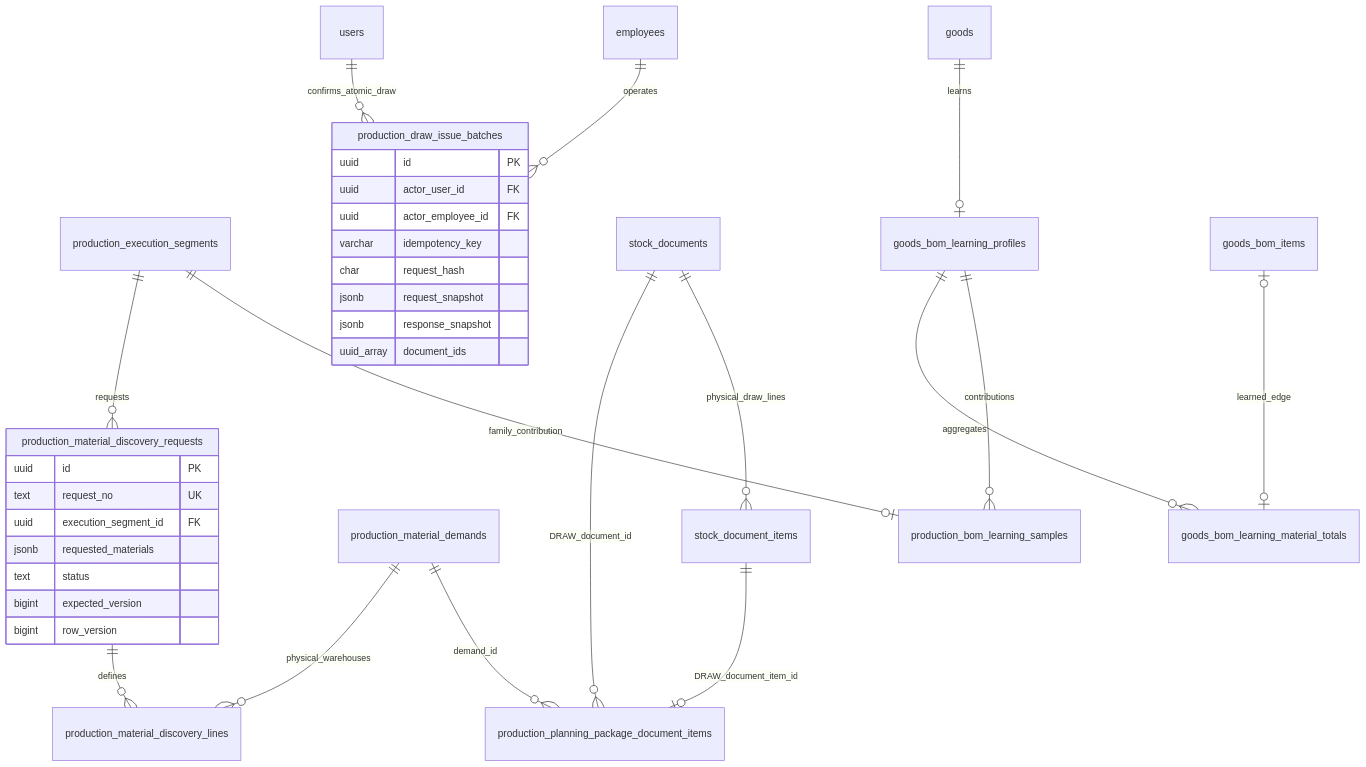
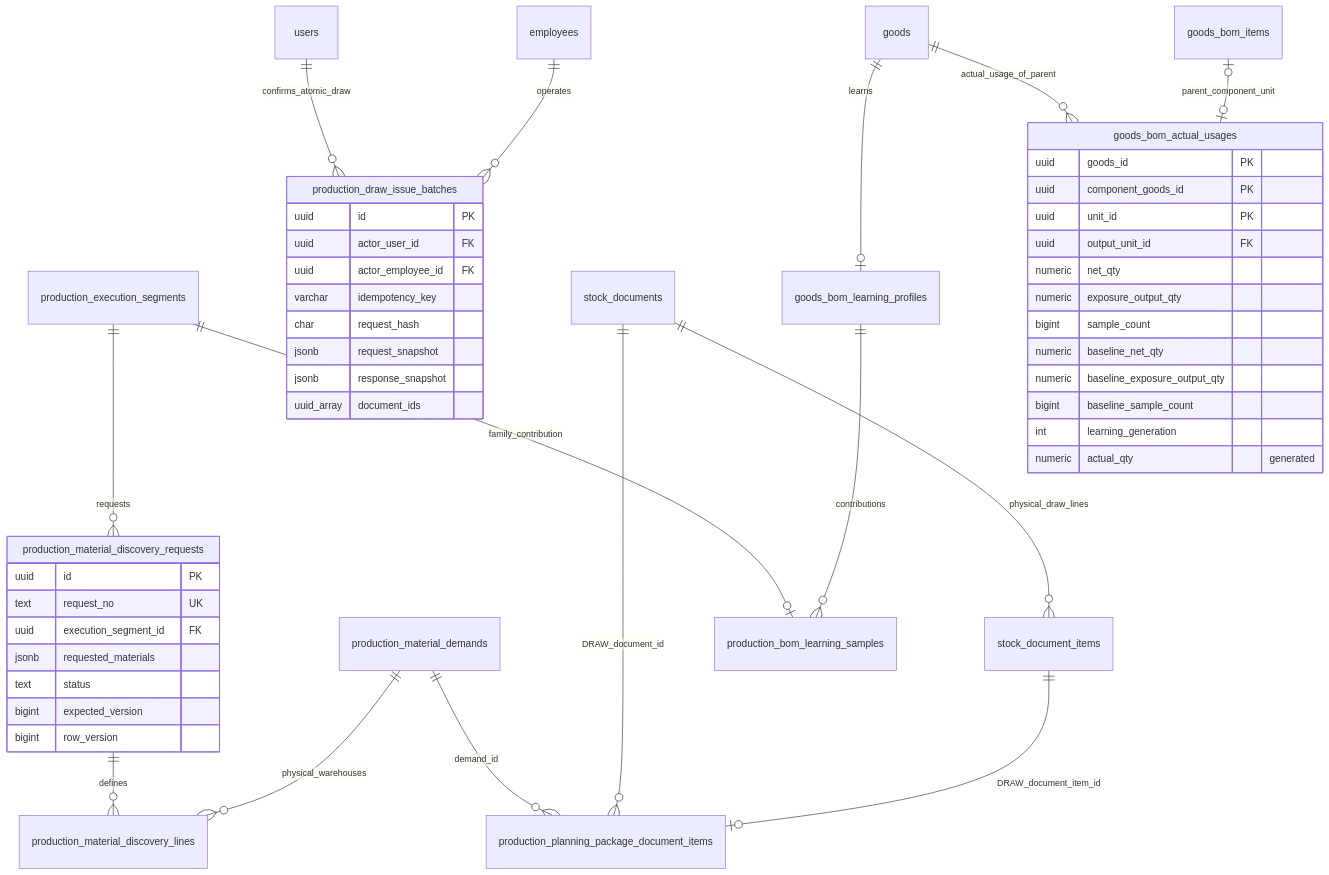
One commit to BruceChu0424/utenelec_imp changed the third of 21 diagrams in docs/04-数据模型/ER草图.md. Above: the diagram before and after it, drawn with Mermaid. The commit also changed other lines of this file and 195 other files, not shown here.

````diff
--- a/docs/04-数据模型/ER草图.md
+++ b/docs/04-数据模型/ER草图.md
@@ -37,36 +37,50 @@
 ```mermaid
 erDiagram
     production_execution_segments ||--o{ production_material_discovery_requests : requests
     production_material_discovery_requests ||--o{ production_material_discovery_lines : defines
     users ||--o{ production_draw_issue_batches : confirms_atomic_draw
     employees ||--o{ production_draw_issue_batches : operates
     production_material_demands ||--o{ production_material_discovery_lines : physical_warehouses
     production_material_demands ||--o{ production_planning_package_document_items : demand_id
     stock_documents ||--o{ production_planning_package_document_items : DRAW_document_id
     stock_documents ||--o{ stock_document_items : physical_draw_lines
     stock_document_items ||--o| production_planning_package_document_items : DRAW_document_item_id
     production_execution_segments ||--o| production_bom_learning_samples : family_contribution
     goods ||--o| goods_bom_learning_profiles : learns
-    goods_bom_learning_profiles ||--o{ goods_bom_learning_material_totals : aggregates
+    goods ||--o{ goods_bom_actual_usages : actual_usage_of_parent
     goods_bom_learning_profiles ||--o{ production_bom_learning_samples : contributions
-    goods_bom_items |o--o| goods_bom_learning_material_totals : learned_edge
+    goods_bom_items |o--o| goods_bom_actual_usages : parent_component_unit
     production_material_discovery_requests {
         uuid id PK
         text request_no UK
         uuid execution_segment_id FK
         jsonb requested_materials
         text status
         bigint expected_version
         bigint row_version
+    }
+    goods_bom_actual_usages {
+        uuid goods_id PK
+        uuid component_goods_id PK
+        uuid unit_id PK
+        uuid output_unit_id FK
+        numeric net_qty
+        numeric exposure_output_qty
+        bigint sample_count
+        numeric baseline_net_qty
+        numeric baseline_exposure_output_qty
+        bigint baseline_sample_count
+        int learning_generation
+        numeric actual_qty "generated"
     }
     production_draw_issue_batches {
         uuid id PK
         uuid actor_user_id FK
         uuid actor_employee_id FK
         varchar idempotency_key
         char request_hash
         jsonb request_snapshot
         jsonb response_snapshot
         uuid_array document_ids
     }
 ```
````
